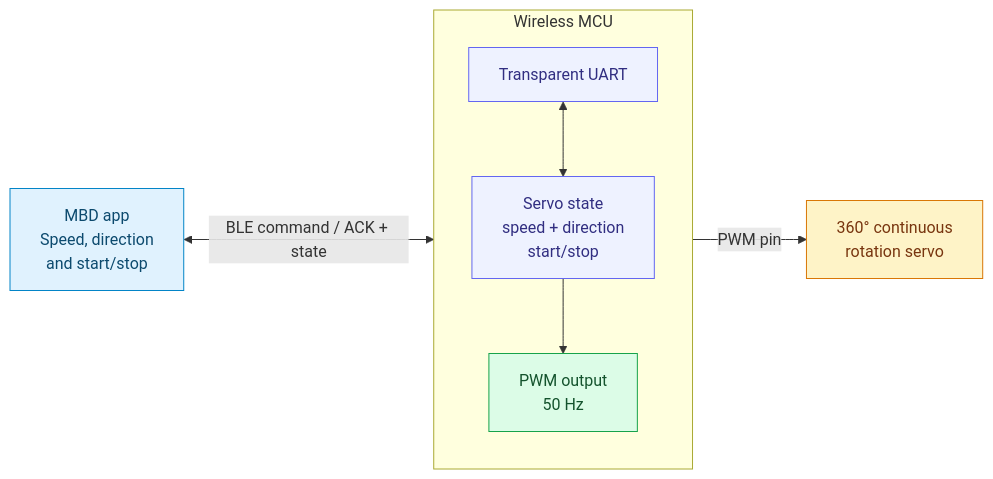
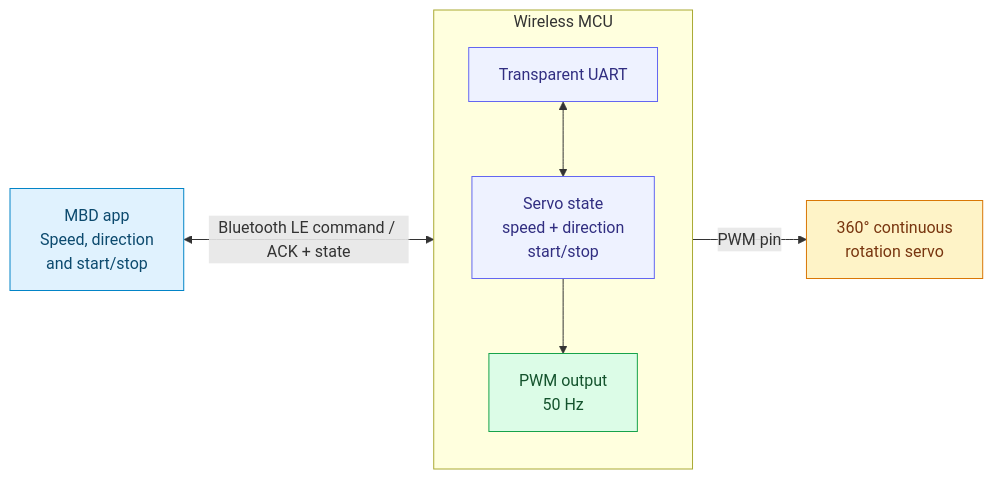
Before and after one commit to MicrochipTech/Bluetooth_LE_360_Servo_Motor_Control: the second of 4 diagrams in README.md, drawn with Mermaid. The commit also changed other lines of this file, not shown here.

````diff
--- a/README.md
+++ b/README.md
@@ -297,16 +297,16 @@
 ```mermaid
 flowchart LR
     A["MBD app<br/>Speed, direction<br/>and start/stop"]
     subgraph BOARD["Wireless MCU"]
         direction TB
         B["Transparent UART"] <--> C["Servo state<br/>speed + direction<br/>start/stop"]
         C --> D["PWM output<br/>50 Hz"]
     end
-    A <-->|"BLE command / ACK + state"| B
+    A <-->|"Bluetooth LE command / ACK + state"| B
     D -->|"PWM pin"| E["360° continuous<br/>rotation servo"]
     style A fill:#e0f2fe,stroke:#0284c7,color:#0c4a6e
     style B fill:#eef2ff,stroke:#6366f1,color:#312e81
     style C fill:#eef2ff,stroke:#6366f1,color:#312e81
     style D fill:#dcfce7,stroke:#16a34a,color:#14532d
     style E fill:#fef3c7,stroke:#d97706,color:#78350f
 ```
````
